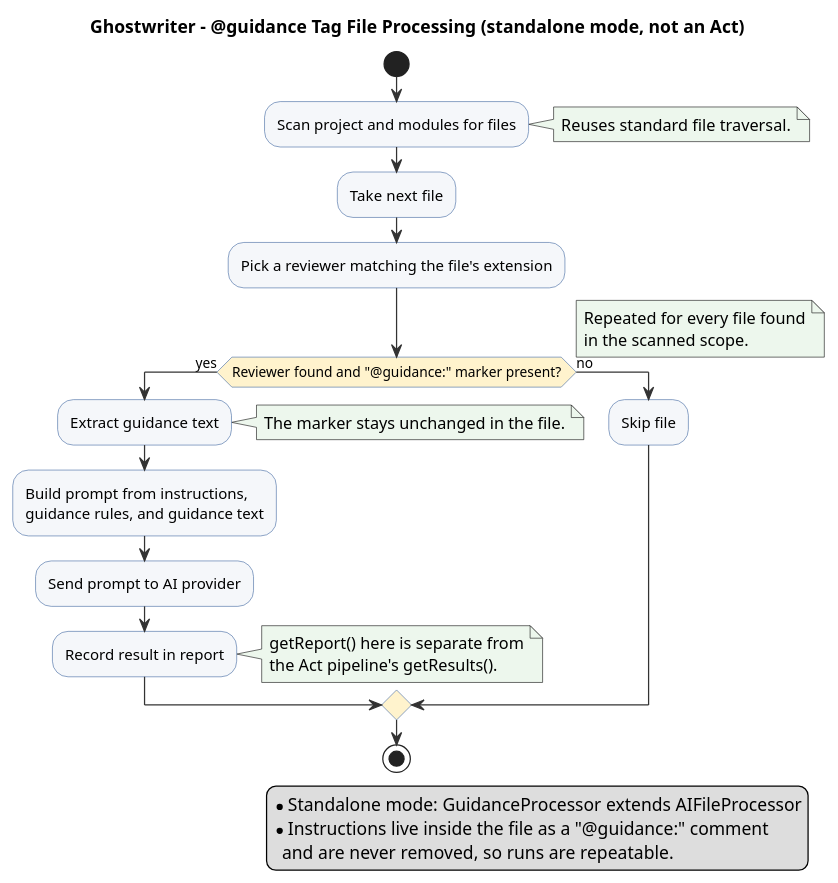
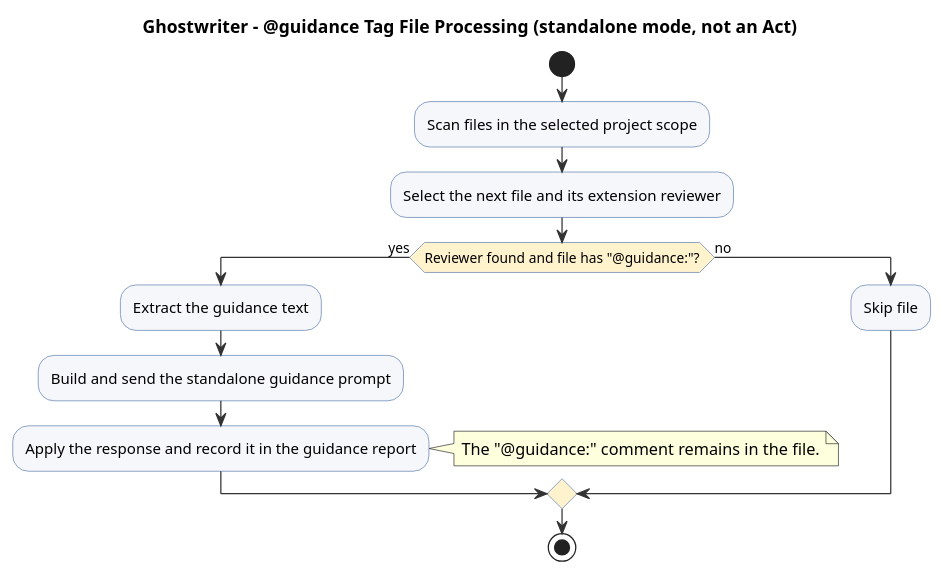
The diagram in ghostwriter/src/site/puml/guidance-tag-processing-overview.puml (machanism-org/machai), drawn with PlantUML before and after one commit. The commit also changed 44 other files, not shown here.

```diff
--- a/ghostwriter/src/site/puml/guidance-tag-processing-overview.puml
+++ b/ghostwriter/src/site/puml/guidance-tag-processing-overview.puml
@@ -8,51 +8,27 @@
 @startuml
 title Ghostwriter - @guidance Tag File Processing (standalone mode, not an Act)
 
 skinparam ArrowColor #333333
 skinparam ActivityBackgroundColor #F5F7FA
 skinparam ActivityBorderColor #4A6FA5
 skinparam ActivityDiamondBackgroundColor #FFF3CD
-skinparam NoteBackgroundColor #EDF7ED
 
 start
 
-:Scan project and modules for files;
-note right
-  Reuses standard file traversal.
-end note
+:Scan files in the selected project scope;
+:Select the next file and its extension reviewer;
 
-:Take next file;
-
-:Pick a reviewer matching the file's extension;
-
-if (Reviewer found and "@guidance:" marker present?) then (yes)
-  :Extract guidance text;
+if (Reviewer found and file has "@guidance:"?) then (yes)
+  :Extract the guidance text;
+  :Build and send the standalone guidance prompt;
+  :Apply the response and record it in the guidance report;
   note right
-    The marker stays unchanged in the file.
-  end note
-  :Build prompt from instructions,
-  guidance rules, and guidance text;
-  :Send prompt to AI provider;
-  :Record result in report;
-  note right
-    getReport() here is separate from
-    the Act pipeline's getResults().
+    The "@guidance:" comment remains in the file.
   end note
 else (no)
   :Skip file;
 endif
 
-note right
-  Repeated for every file found
-  in the scanned scope.
-end note
-
 stop
 
-legend right
-  * Standalone mode: GuidanceProcessor extends AIFileProcessor
-  * Instructions live inside the file as a "@guidance:" comment
-    and are never removed, so runs are repeatable.
-endlegend
-
 @enduml
```
